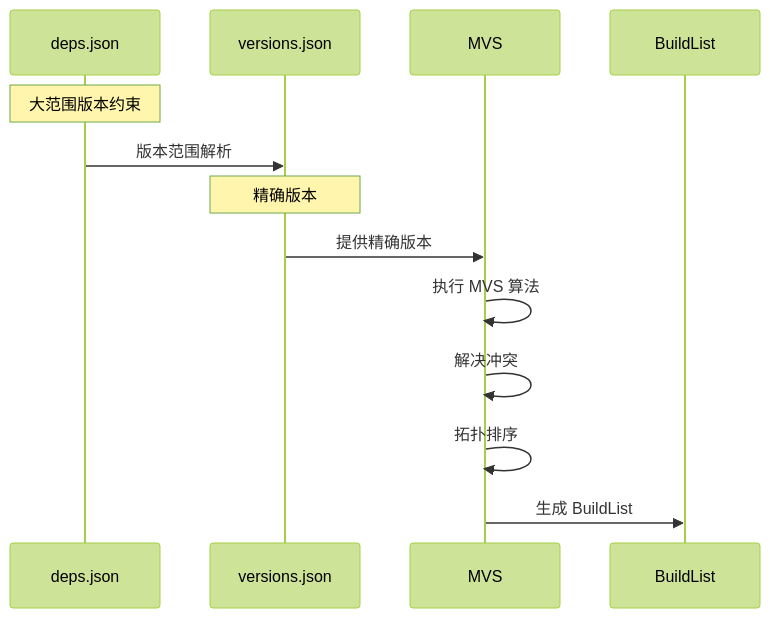
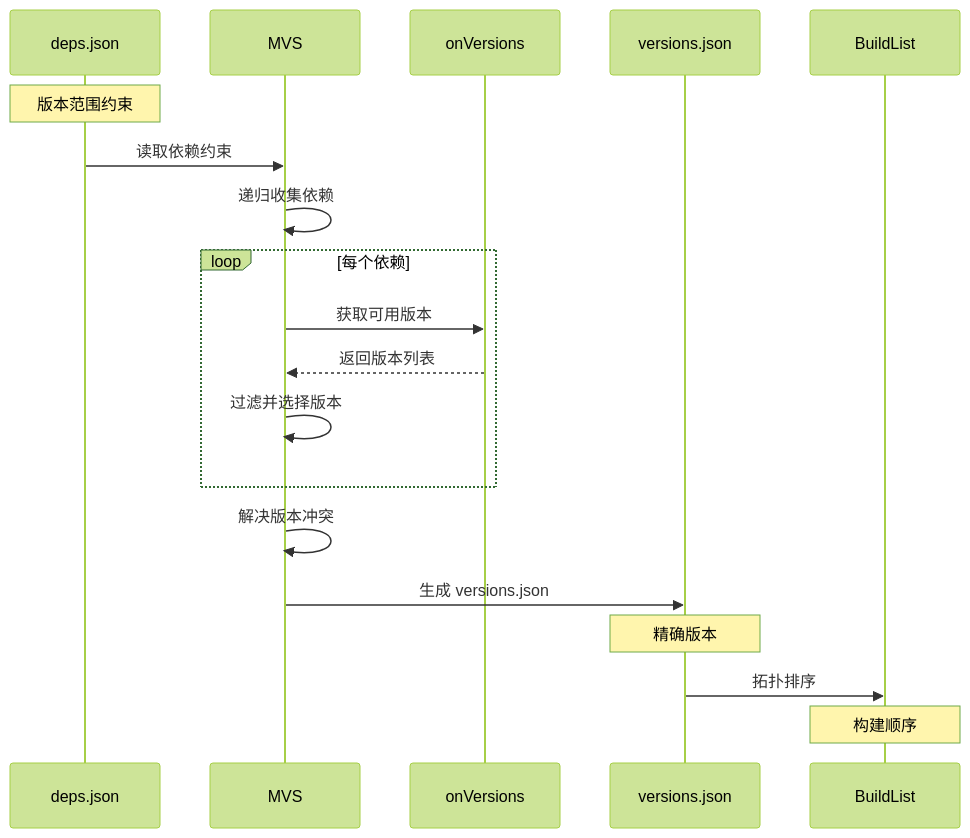
One commit to goplus/llar changed the eighth of 12 diagrams in docs/mvs-algorithm-design.md. Above: the diagram before and after it, drawn with Mermaid (forest theme). The commit also changed other lines of this file and 3 other files, not shown here.

````diff
--- a/docs/mvs-algorithm-design.md
+++ b/docs/mvs-algorithm-design.md
@@ -227,16 +260,22 @@
 ```mermaid
 sequenceDiagram
     participant D as deps.json
+    participant M as MVS
+    participant O as onVersions
     participant V as versions.json
-    participant M as MVS
     participant B as BuildList
 
-    Note over D: 大范围版本约束
-    D->>V: 版本范围解析
+    Note over D: 版本范围约束
+    D->>M: 读取依赖约束
+    M->>M: 递归收集依赖
+    loop 每个依赖
+        M->>O: 获取可用版本
+        O-->>M: 返回版本列表
+        M->>M: 过滤并选择版本
+    end
+    M->>M: 解决版本冲突
+    M->>V: 生成 versions.json
     Note over V: 精确版本
-    V->>M: 提供精确版本
-    M->>M: 执行 MVS 算法
-    M->>M: 解决冲突
-    M->>M: 拓扑排序
-    M->>B: 生成 BuildList
+    V->>B: 拓扑排序
+    Note over B: 构建顺序
 ```
````
